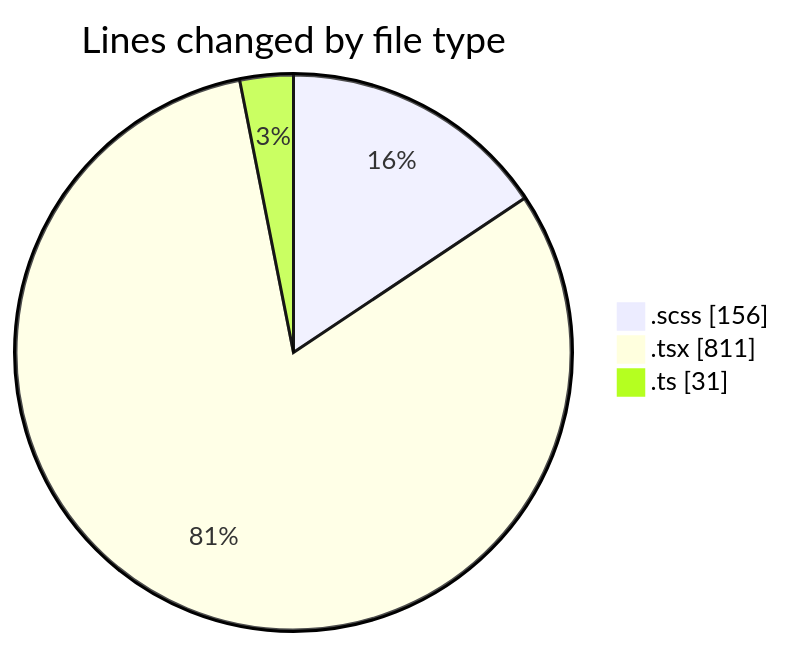
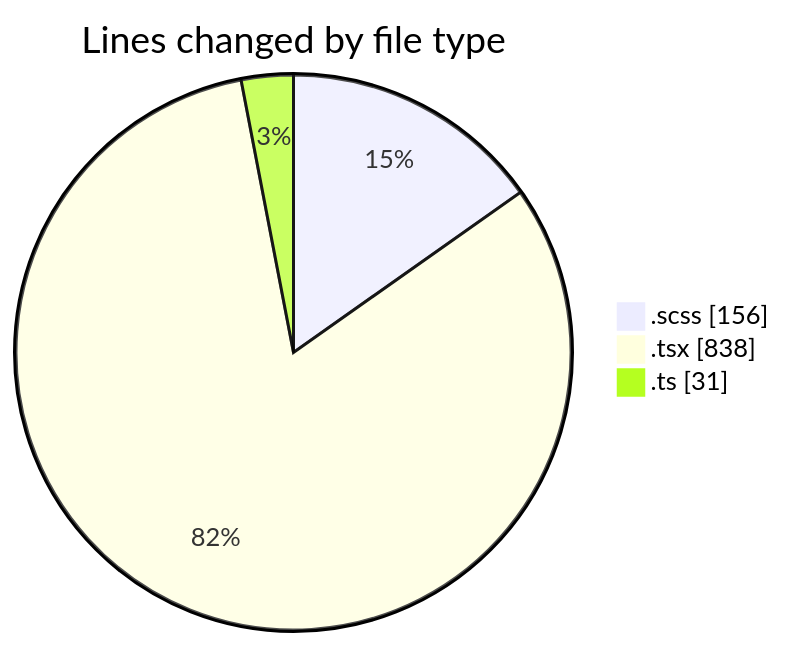
The first of 2 diagrams in 2025-02-10/cda/README.md (momahboobian/code-tracking), drawn with Mermaid before and after one commit. The commit also changed other lines of this file and 1 other file, not shown here.

````diff
--- a/2025-02-10/cda/README.md
+++ b/2025-02-10/cda/README.md
@@ -25,7 +25,7 @@
 ```mermaid
 pie showData
 title Lines changed by file type
 ".scss" : 156
-".tsx" : 811
+".tsx" : 838
 ".ts" : 31
 ```
````
